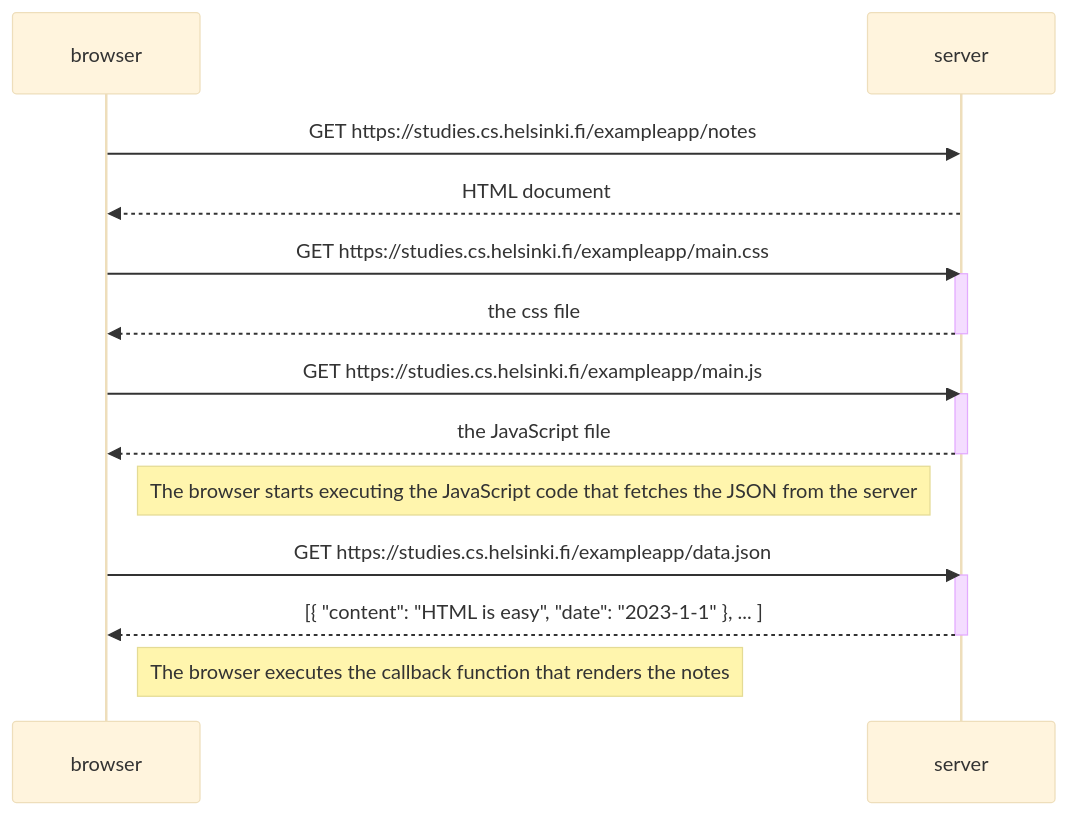
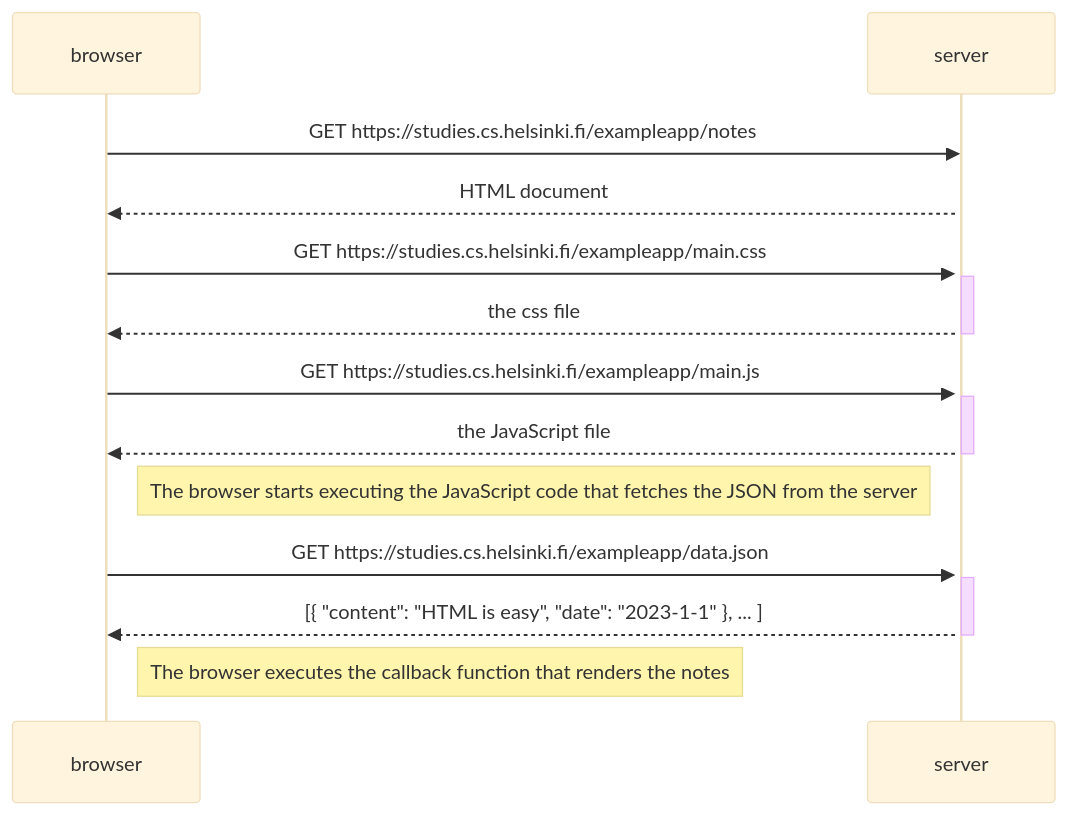
Before and after one commit to gaurav8969/full-stack-open: the diagram in part01/sequenceDiagram.md, drawn with Mermaid (base theme).

Commit message:
add example mermaid markdown

````diff
--- a/part01/sequenceDiagram.md
+++ b/part01/sequenceDiagram.md
@@ -1,27 +1,28 @@
 ```mermaid
 sequenceDiagram
     participant browser
     participant server
 
     browser->>server: GET https://studies.cs.helsinki.fi/exampleapp/notes
+    activate server
     server-->>browser: HTML document
 
     browser->>server: GET https://studies.cs.helsinki.fi/exampleapp/main.css
     activate server
     server-->>browser: the css file
     deactivate server
 
     browser->>server: GET https://studies.cs.helsinki.fi/exampleapp/main.js
     activate server
     server-->>browser: the JavaScript file
     deactivate server
 
     Note right of browser: The browser starts executing the JavaScript code that fetches the JSON from the server
 
     browser->>server: GET https://studies.cs.helsinki.fi/exampleapp/data.json
     activate server
     server-->>browser: [{ "content": "HTML is easy", "date": "2023-1-1" }, ... ]
     deactivate server
 
     Note right of browser: The browser executes the callback function that renders the notes
 ```
````
